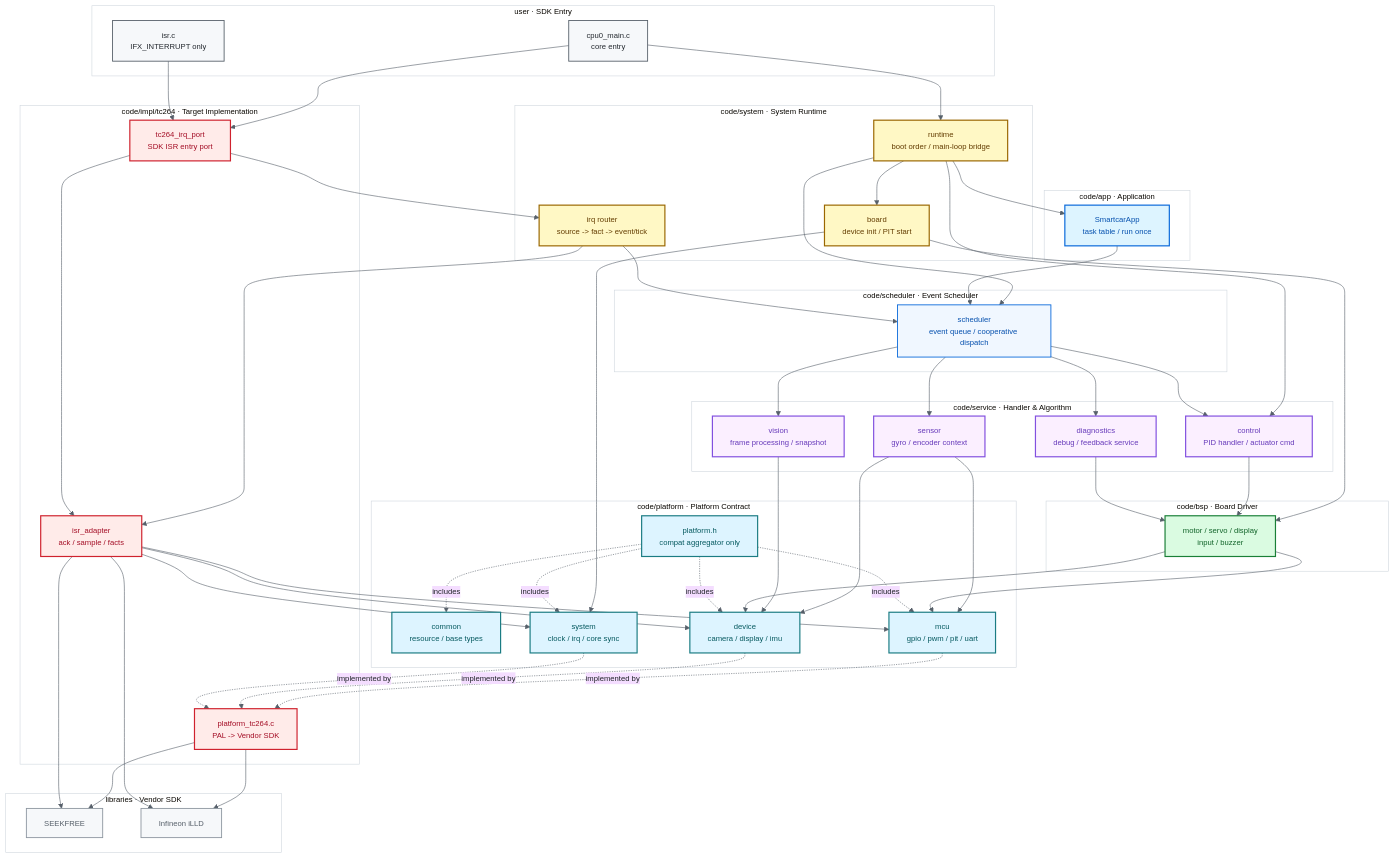
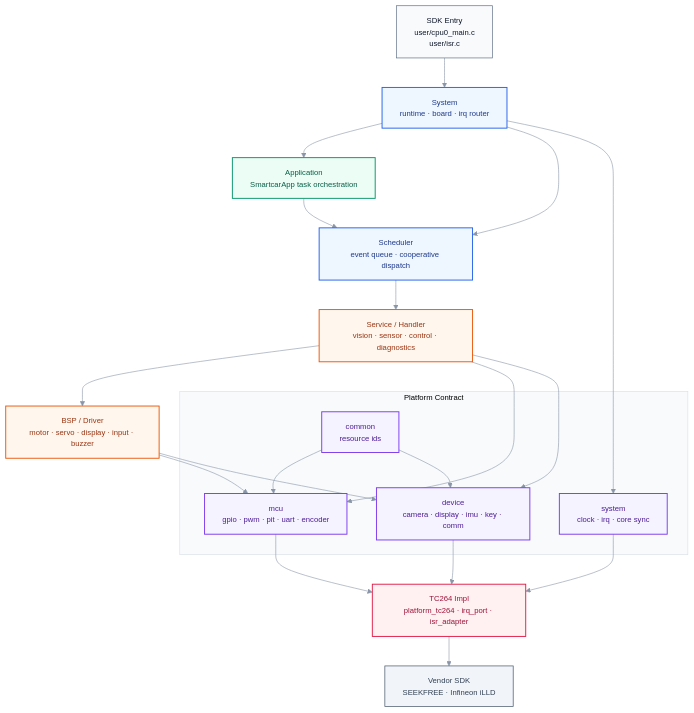
The first of 2 diagrams in README.md (ParacosmYy/GS_Smart_car), drawn with Mermaid before and after one commit. The commit also changed other lines of this file, not shown here.

Commit message:
docs(readme): 优化企业版架构图与说明

````diff
--- a/README.md
+++ b/README.md
@@ -23,102 +23,46 @@
 ```mermaid
-%%{init: {'theme':'base','themeVariables':{'fontFamily':'Segoe UI,Arial,sans-serif','fontSize':'13px','primaryTextColor':'#1f2328','lineColor':'#57606a','clusterBkg':'#ffffff','clusterBorder':'#d0d7de'}}}%%
+%%{init: {'theme':'base','themeVariables': {'fontFamily':'Segoe UI,Arial,sans-serif','fontSize':'13px','primaryColor':'#ffffff','primaryTextColor':'#172033','lineColor':'#8a96a8','clusterBkg':'#f8fafc','clusterBorder':'#d8dee9'}}}%%
 flowchart TB
-    classDef sdk fill:#f6f8fa,stroke:#57606a,stroke-width:1.5px,color:#24292f
-    classDef system fill:#fff8c5,stroke:#9a6700,stroke-width:2px,color:#633c01
-    classDef app fill:#ddf4ff,stroke:#0969da,stroke-width:2px,color:#0550ae
-    classDef sched fill:#f0f7ff,stroke:#0969da,stroke-width:1.5px,color:#0550ae
-    classDef service fill:#fbefff,stroke:#8250df,stroke-width:2px,color:#6639ba
-    classDef bsp fill:#dafbe1,stroke:#1a7f37,stroke-width:2px,color:#116329
-    classDef platform fill:#ddf4ff,stroke:#1b7c83,stroke-width:2px,color:#05595f
-    classDef impl fill:#ffebe9,stroke:#cf222e,stroke-width:2px,color:#a40e26
-    classDef vendor fill:#f6f8fa,stroke:#8c959f,stroke-width:1.5px,color:#57606a
+    classDef entry fill:#f8fafc,stroke:#64748b,stroke-width:1.2px,color:#0f172a
+    classDef system fill:#eef6ff,stroke:#2563eb,stroke-width:1.6px,color:#1e3a8a
+    classDef app fill:#ecfdf5,stroke:#059669,stroke-width:1.6px,color:#065f46
+    classDef service fill:#fff7ed,stroke:#ea580c,stroke-width:1.6px,color:#9a3412
+    classDef platform fill:#f5f3ff,stroke:#7c3aed,stroke-width:1.6px,color:#4c1d95
+    classDef impl fill:#fff1f2,stroke:#e11d48,stroke-width:1.6px,color:#9f1239
+    classDef vendor fill:#f1f5f9,stroke:#475569,stroke-width:1.2px,color:#334155
 
-    subgraph SDK["user · SDK Entry"]
-        CPU0["cpu0_main.c<br/>core entry"]:::sdk
-        ISR["isr.c<br/>IFX_INTERRUPT only"]:::sdk
+    ENTRY["SDK Entry<br/>user/cpu0_main.c<br/>user/isr.c"]:::entry
+    SYSTEM["System<br/>runtime · board · irq router"]:::system
+    APP["Application<br/>SmartcarApp task orchestration"]:::app
+    SCHED["Scheduler<br/>event queue · cooperative dispatch"]:::system
+    SERVICE["Service / Handler<br/>vision · sensor · control · diagnostics"]:::service
+    BSP["BSP / Driver<br/>motor · servo · display · input · buzzer"]:::service
+
+    subgraph PLATFORM["Platform Contract"]
+        COMMON["common<br/>resource ids"]:::platform
+        MCU["mcu<br/>gpio · pwm · pit · uart · encoder"]:::platform
+        DEVICE["device<br/>camera · display · imu · key · comm"]:::platform
+        SYS["system<br/>clock · irq · core sync"]:::platform
     end
 
-    subgraph SYSTEM["code/system · System Runtime"]
-        RUNTIME["runtime<br/>boot order / main-loop bridge"]:::system
-        BOARD["board<br/>device init / PIT start"]:::system
-        IRQ["irq router<br/>source -> fact -> event/tick"]:::system
-    end
+    IMPL["TC264 Impl<br/>platform_tc264 · irq_port · isr_adapter"]:::impl
+    VENDOR["Vendor SDK<br/>SEEKFREE · Infineon iLLD"]:::vendor
 
-    subgraph APP["code/app · Application"]
-        APP_MAIN["SmartcarApp<br/>task table / run once"]:::app
-    end
-
-    subgraph SCHEDULER["code/scheduler · Event Scheduler"]
-        SCHED["scheduler<br/>event queue / cooperative dispatch"]:::sched
-    end
-
-    subgraph SERVICE["code/service · Handler & Algorithm"]
-        SENSOR["sensor<br/>gyro / encoder context"]:::service
-        VISION["vision<br/>frame processing / snapshot"]:::service
-        CONTROL["control<br/>PID handler / actuator cmd"]:::service
-        DEBUG["diagnostics<br/>debug / feedback service"]:::service
-    end
-
-    subgraph BSP["code/bsp · Board Driver"]
-        DRIVERS["motor / servo / display<br/>input / buzzer"]:::bsp
-    end
-
-    subgraph PLATFORM["code/platform · Platform Contract"]
-        PAL_COMMON["common<br/>resource / base types"]:::platform
-        PAL_MCU["mcu<br/>gpio / pwm / pit / uart"]:::platform
-        PAL_DEVICE["device<br/>camera / display / imu"]:::platform
-        PAL_SYSTEM["system<br/>clock / irq / core sync"]:::platform
-        PAL_AGG["platform.h<br/>compat aggregator only"]:::platform
-    end
-
-    subgraph IMPL["code/impl/tc264 · Target Implementation"]
-        IRQPORT["tc264_irq_port<br/>SDK ISR entry port"]:::impl
-        ADAPTER["isr_adapter<br/>ack / sample / facts"]:::impl
-        PAL_IMPL["platform_tc264.c<br/>PAL -> Vendor SDK"]:::impl
-    end
-
-    subgraph VENDOR["libraries · Vendor SDK"]
-        SEEKFREE["SEEKFREE"]:::vendor
-        ILLD["Infineon iLLD"]:::vendor
-    end
-
-    CPU0 --> RUNTIME
-    CPU0 --> IRQPORT
-    ISR --> IRQPORT
-    RUNTIME --> BOARD
-    RUNTIME --> CONTROL
-    RUNTIME --> APP_MAIN
-    RUNTIME --> SCHED
-    BOARD --> DRIVERS
-    APP_MAIN --> SCHED
-    SCHED --> SENSOR
-    SCHED --> VISION
-    SCHED --> CONTROL
-    SCHED --> DEBUG
-    CONTROL --> DRIVERS
-    DEBUG --> DRIVERS
-    SENSOR --> PAL_MCU
-    SENSOR --> PAL_DEVICE
-    VISION --> PAL_DEVICE
-    DRIVERS --> PAL_MCU
-    DRIVERS --> PAL_DEVICE
-    BOARD --> PAL_SYSTEM
-    PAL_AGG -. includes .-> PAL_COMMON
-    PAL_AGG -. includes .-> PAL_MCU
-    PAL_AGG -. includes .-> PAL_DEVICE
-    PAL_AGG -. includes .-> PAL_SYSTEM
-    IRQ --> ADAPTER
-    IRQ --> SCHED
-    IRQPORT --> IRQ
-    IRQPORT --> ADAPTER
-    ADAPTER --> PAL_MCU
-    ADAPTER --> PAL_DEVICE
-    ADAPTER --> PAL_SYSTEM
-    PAL_MCU -. implemented by .-> PAL_IMPL
-    PAL_DEVICE -. implemented by .-> PAL_IMPL
-    PAL_SYSTEM -. implemented by .-> PAL_IMPL
-    PAL_IMPL --> SEEKFREE
-    PAL_IMPL --> ILLD
-    ADAPTER --> SEEKFREE
-    ADAPTER --> ILLD
+    ENTRY --> SYSTEM
+    SYSTEM --> APP
+    SYSTEM --> SCHED
+    APP --> SCHED
+    SCHED --> SERVICE
+    SERVICE --> BSP
+    SERVICE --> MCU
+    SERVICE --> DEVICE
+    BSP --> MCU
+    BSP --> DEVICE
+    SYSTEM --> SYS
+    COMMON --> MCU
+    COMMON --> DEVICE
+    MCU --> IMPL
+    DEVICE --> IMPL
+    SYS --> IMPL
+    IMPL --> VENDOR
 ```
````
